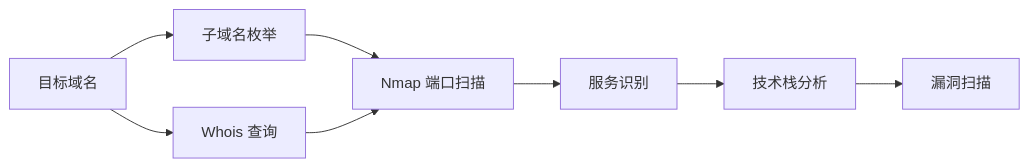
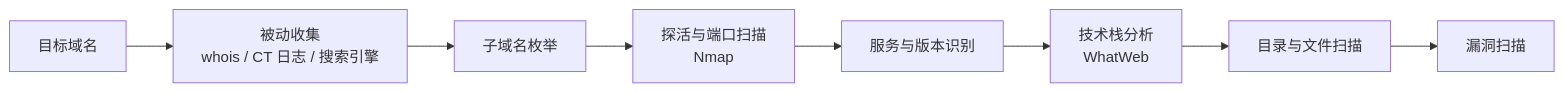
One commit to before80/prgms changed the third of 3 diagrams in content/linux/safe_test/Chapter-71-Information-Gathering.md. Above: the diagram before and after it, drawn with Mermaid. The commit also changed other lines of this file and 1645 other files, not shown here.

````diff
--- a/content/linux/safe_test/Chapter-71-Information-Gathering.md
+++ b/content/linux/safe_test/Chapter-71-Information-Gathering.md
@@ -488,10 +651,10 @@
 ```mermaid
 graph LR
-    A[目标域名] --> B[子域名枚举]
-    A --> C[Whois 查询]
-    B --> D[Nmap 端口扫描]
-    C --> D
-    D --> E[服务识别]
-    E --> F[技术栈分析]
-    F --> G[漏洞扫描]
+    A[目标域名] --> B[被动收集<br/>whois / CT 日志 / 搜索引擎]
+    B --> C[子域名枚举]
+    C --> D[探活与端口扫描<br/>Nmap]
+    D --> E[服务与版本识别]
+    E --> F[技术栈分析<br/>WhatWeb]
+    F --> G[目录与文件扫描]
+    G --> H[漏洞扫描]
 ```
````
